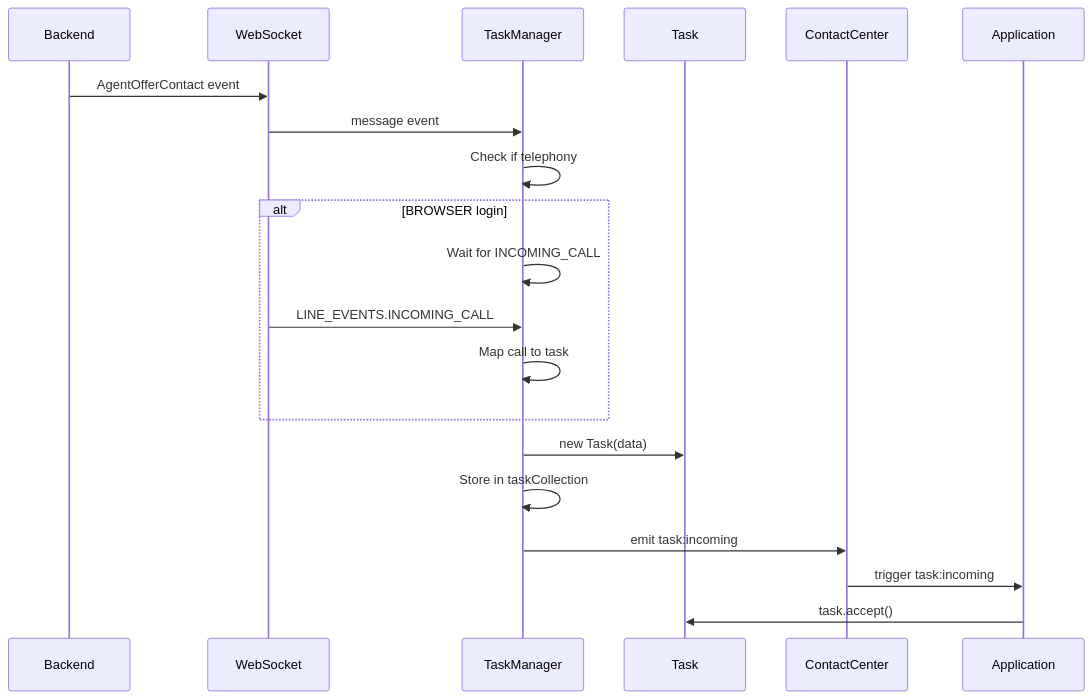
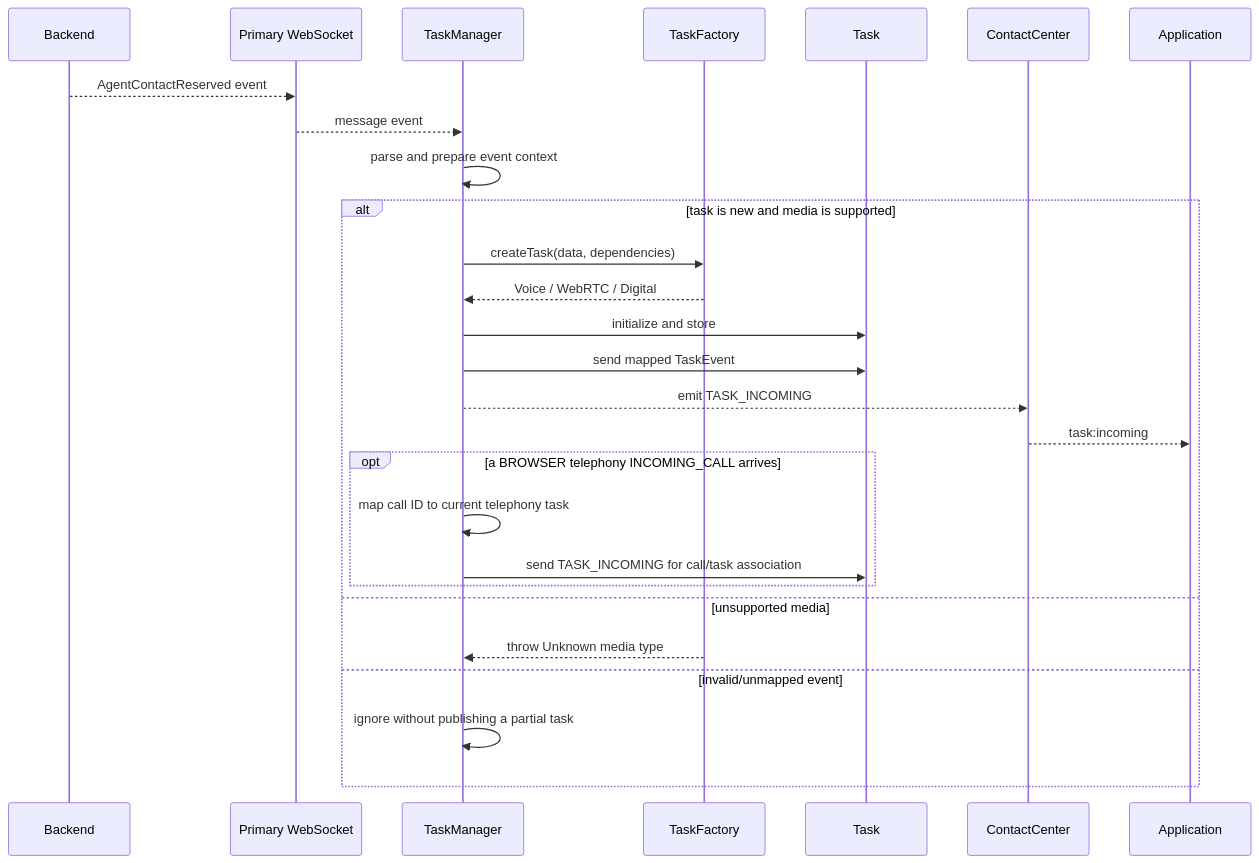
The third of 9 diagrams in packages/@webex/contact-center/src/services/task/ai-docs/task-spec.md (webex/webex-js-sdk), drawn with Mermaid before and after one commit. The commit also changed other lines of this file and 10 other files, not shown here.

Commit message:
docs(contact-center): regenrated the new spec files

````diff
--- a/packages/@webex/contact-center/src/services/task/ai-docs/task-spec.md
+++ b/packages/@webex/contact-center/src/services/task/ai-docs/task-spec.md
@@ -822,23 +727,29 @@
 ```mermaid
 sequenceDiagram
-    participant BE as Backend
-    participant WS as WebSocket
-    participant TM as TaskManager
-    participant T as Task
-    participant CC as ContactCenter
-    participant App as Application
-
-    BE->>WS: AgentOfferContact event
-    WS->>TM: message event
-    TM->>TM: Check if telephony
-    alt BROWSER login
-        TM->>TM: Wait for INCOMING_CALL
-        WS->>TM: LINE_EVENTS.INCOMING_CALL
-        TM->>TM: Map call to task
+  participant Backend
+  participant WS as Primary WebSocket
+  participant TM as TaskManager
+  participant TF as TaskFactory
+  participant Task
+  participant CC as ContactCenter
+  participant App as Application
+  Backend-->>WS: AgentContactReserved event
+  WS-->>TM: message event
+  TM->>TM: parse and prepare event context
+  alt task is new and media is supported
+    TM->>TF: createTask(data, dependencies)
+    TF-->>TM: Voice / WebRTC / Digital
+    TM->>Task: initialize and store
+    TM->>Task: send mapped TaskEvent
+    TM-->>CC: emit TASK_INCOMING
+    CC-->>App: task:incoming
+    opt a BROWSER telephony INCOMING_CALL arrives
+      TM->>TM: map call ID to current telephony task
+      TM->>Task: send TASK_INCOMING for call/task association
     end
-    TM->>T: new Task(data)
-    TM->>TM: Store in taskCollection
-    TM->>CC: emit task:incoming
-    CC->>App: trigger task:incoming
-    App->>T: task.accept()
+  else unsupported media
+    TF-->>TM: throw Unknown media type
+  else invalid/unmapped event
+    TM->>TM: ignore without publishing a partial task
+  end
 ```
````
